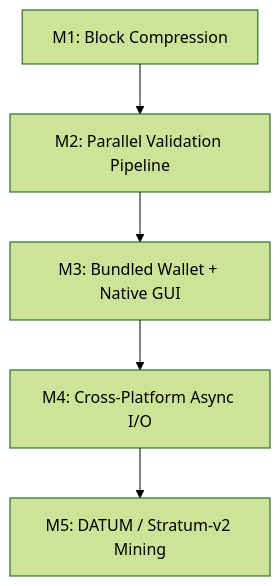
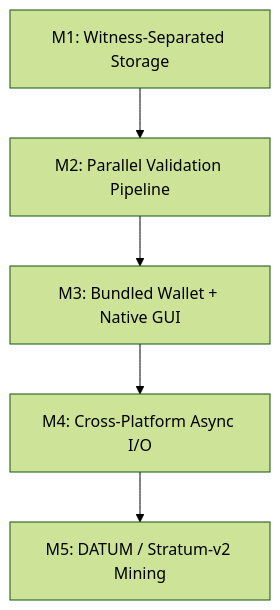
One commit to btcsuite/btcd changed the first of 2 diagrams in docs/ROADMAP.md. Above: the diagram before and after it, drawn with Mermaid (forest theme). The commit also changed other lines of this file and 3 other files, not shown here.

````diff
--- a/docs/ROADMAP.md
+++ b/docs/ROADMAP.md
@@ -44,13 +48,13 @@
 ```mermaid
 flowchart TD
-    M1["M1: Block Compression"]
+    M1["M1: Witness-Separated Storage"]
     M2["M2: Parallel Validation Pipeline"]
     M3["M3: Bundled Wallet + Native GUI"]
     M4["M4: Cross-Platform Async I/O"]
     M5["M5: DATUM / Stratum-v2 Mining"]
 
     M1 --> M2
     M2 --> M3
     M3 --> M4
     M4 --> M5
 ```
````
